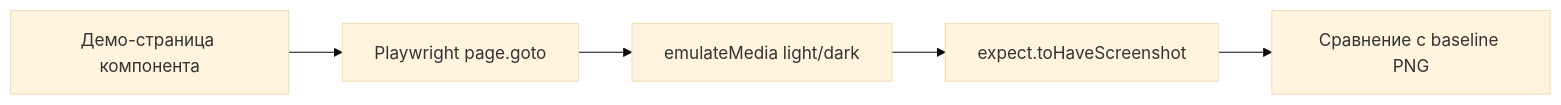
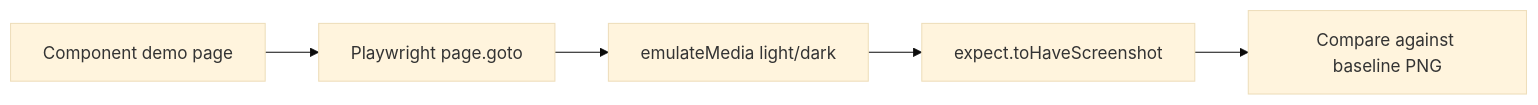
One commit to InsonusK/ai-skills changed the diagram in skills/angular/architecture/v3.1/solutions/solution-ui-testing.skill/glossary/visual-regression-testing.md. Above: the diagram before and after it, drawn with Mermaid (base theme). The commit also changed other lines of this file and 90 other files, not shown here.

````diff
--- a/skills/angular/architecture/v3.1/solutions/solution-ui-testing.skill/glossary/visual-regression-testing.md
+++ b/skills/angular/architecture/v3.1/solutions/solution-ui-testing.skill/glossary/visual-regression-testing.md
@@ -17,7 +17,7 @@
 ```mermaid
 flowchart LR
-  A[Демо-страница компонента] --> B[Playwright page.goto]
+  A[Component demo page] --> B[Playwright page.goto]
   B --> C[emulateMedia light/dark]
   C --> D[expect.toHaveScreenshot]
-  D --> E[Сравнение с baseline PNG]
+  D --> E[Compare against baseline PNG]
 ```
````
